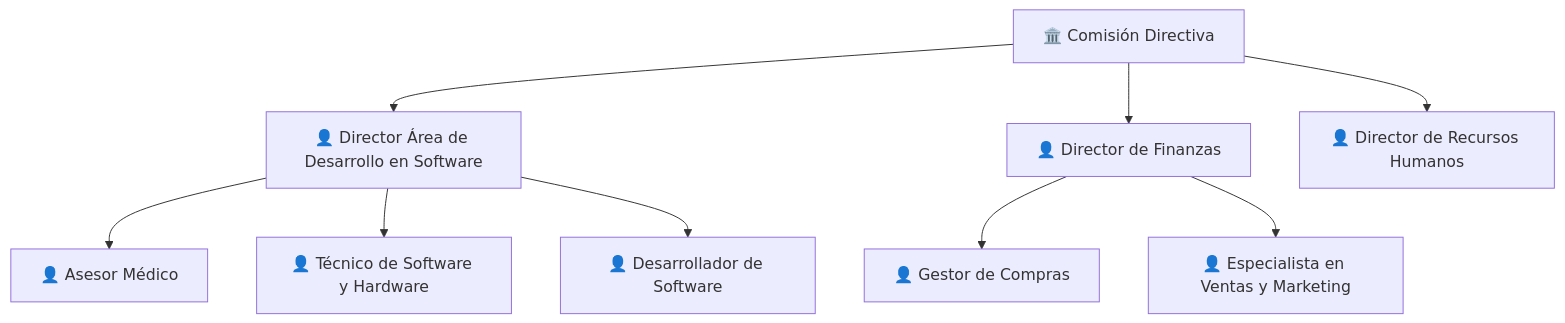
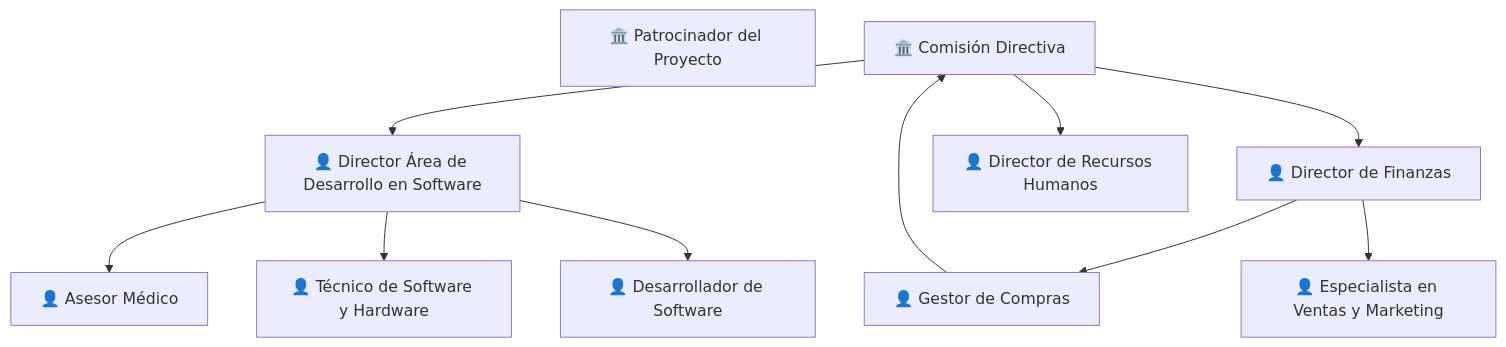
Before and after one commit to TomasGonzalez1204/plan-proyecto-gp-uner: the diagram in docs/01-plan-inicial/organizacion.md, drawn with Mermaid.

Commit message:
Update team structure diagram in organizacion.md

````diff
--- a/docs/01-plan-inicial/organizacion.md
+++ b/docs/01-plan-inicial/organizacion.md
@@ -44,26 +44,28 @@
 ```mermaid
 graph TD
+    h["🏛️ Patrocinador del Proyecto"]
     A["🏛️ Comisión Directiva"]
 
     B["👤 Director Área de Desarrollo en Software"]
     C["👤 Director de Finanzas"]
     D["👤 Director de Recursos Humanos"]
 
     E["👤 Asesor Médico"]
     F["👤 Técnico de Software y Hardware"]
     G["👤 Desarrollador de Software"]
 
     H["👤 Gestor de Compras"]
     I["👤 Especialista en Ventas y Marketing"]
 
+    H --> A
     A --> B
     A --> C
     A --> D
 
     B --> E
     B --> F
     B --> G
 
     C --> H
     C --> I
 ```
````
